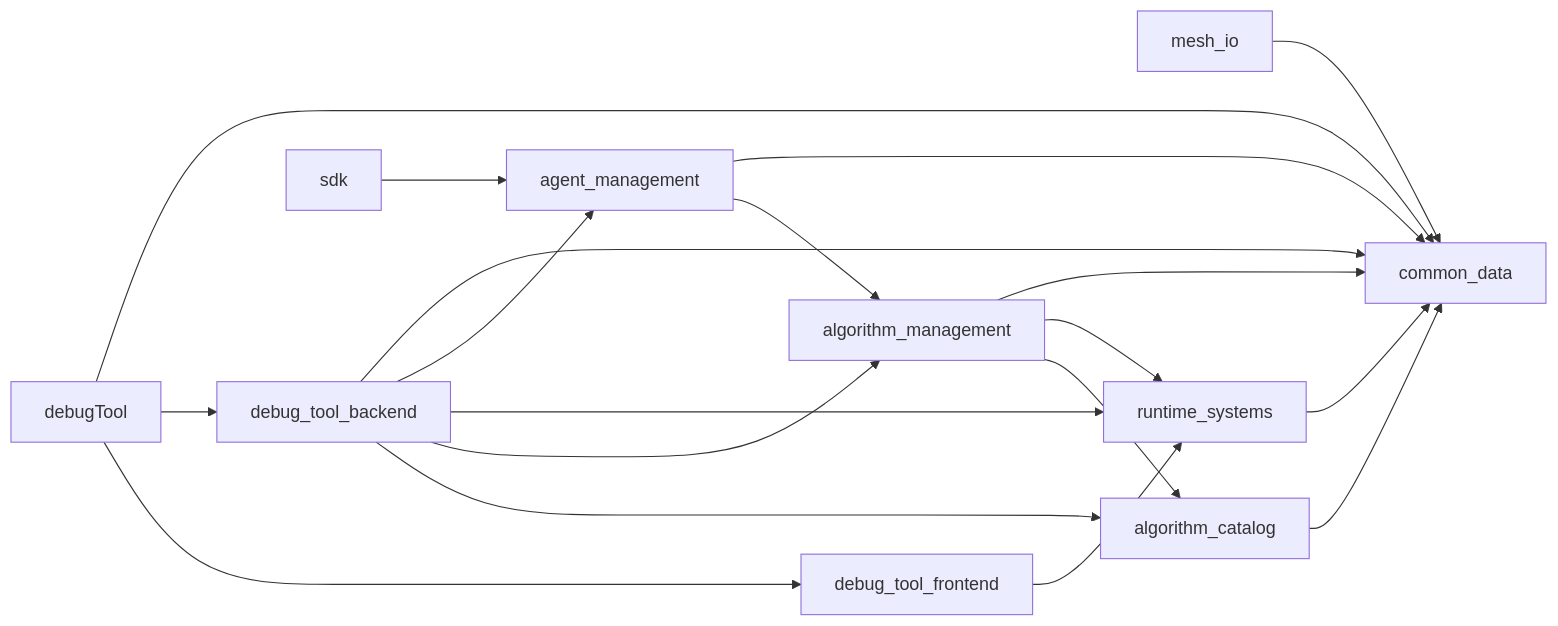
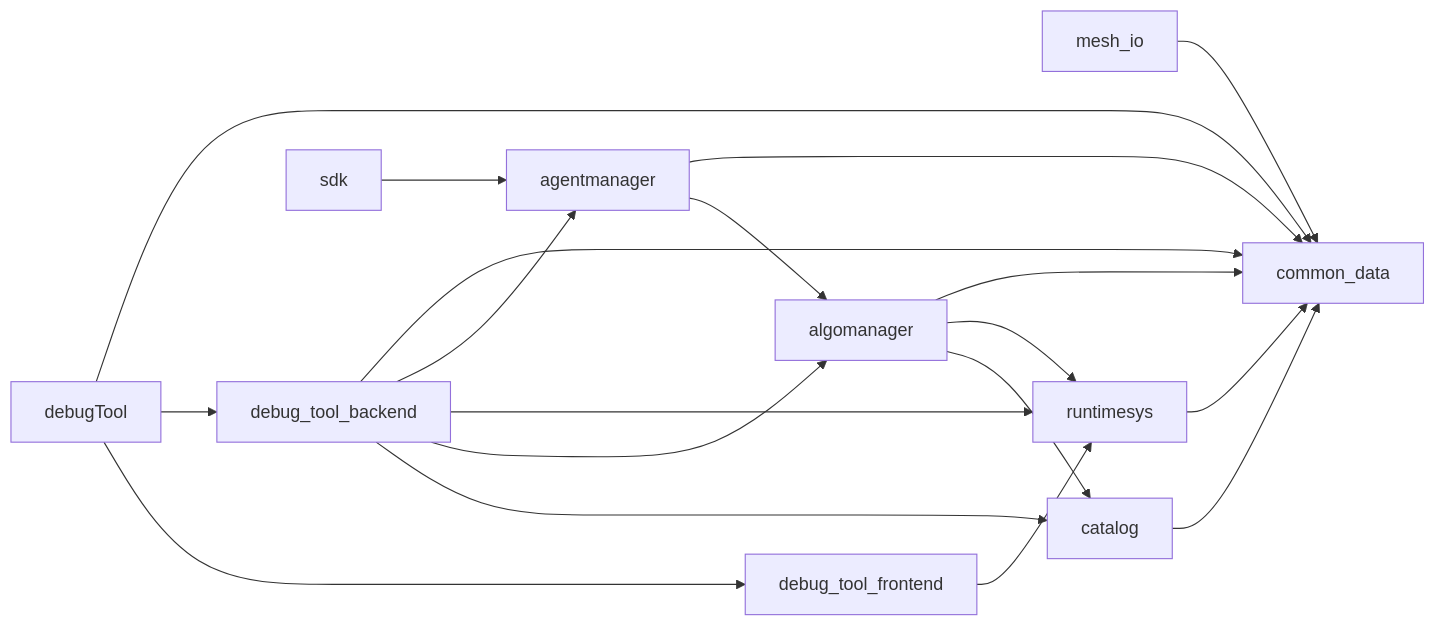
One commit to AnonKimous/AlgoForge_Studio changed the first of 2 diagrams in doc/layerReadme.md. Above: the diagram before and after it, drawn with Mermaid. The commit also changed other lines of this file and 167 other files, not shown here.

````diff
--- a/doc/layerReadme.md
+++ b/doc/layerReadme.md
@@ -49,21 +49,21 @@
 ```mermaid
 graph LR
   mesh_io --> common_data
-  runtime_systems --> common_data
-  algorithm_catalog --> common_data
-  algorithm_management --> common_data
-  algorithm_management --> runtime_systems
-  algorithm_management --> algorithm_catalog
-  agent_management --> common_data
-  agent_management --> algorithm_management
+  runtimesys --> common_data
+  catalog --> common_data
+  algomanager --> common_data
+  algomanager --> runtimesys
+  algomanager --> catalog
+  agentmanager --> common_data
+  agentmanager --> algomanager
   debug_tool_backend --> common_data
-  debug_tool_backend --> agent_management
-  debug_tool_backend --> runtime_systems
-  debug_tool_backend --> algorithm_management
-  debug_tool_backend --> algorithm_catalog
-  debug_tool_frontend --> runtime_systems
-  sdk --> agent_management
+  debug_tool_backend --> agentmanager
+  debug_tool_backend --> runtimesys
+  debug_tool_backend --> algomanager
+  debug_tool_backend --> catalog
+  debug_tool_frontend --> runtimesys
+  sdk --> agentmanager
   debugTool --> common_data
   debugTool --> debug_tool_backend
   debugTool --> debug_tool_frontend
 ```
````
